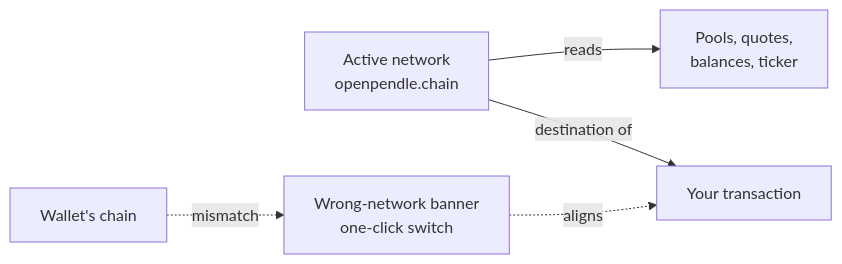
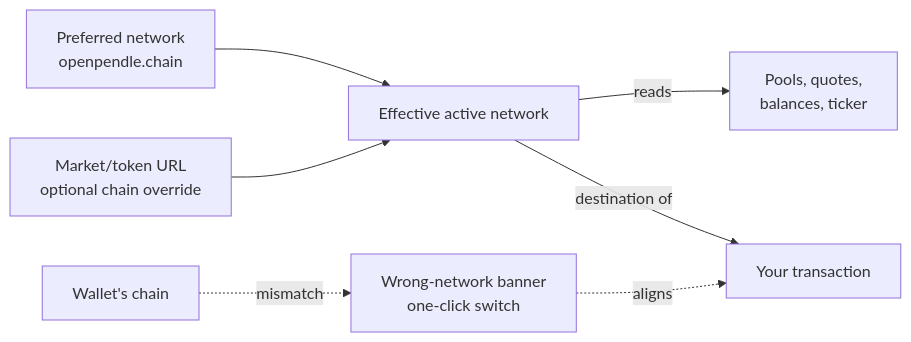
One commit to ggmatch-mod/open-pendle changed the diagram in docs-site/guides/browsing.md. Above: the diagram before and after it, drawn with Mermaid. The commit also changed other lines of this file and 20 other files, not shown here.

````diff
--- a/docs-site/guides/browsing.md
+++ b/docs-site/guides/browsing.md
@@ -65,7 +69,9 @@
 ```mermaid
 flowchart LR
-  A[Active network<br/>openpendle.chain] -->|reads| B[Pools, quotes,<br/>balances, ticker]
+  P[Preferred network<br/>openpendle.chain] --> A[Effective active network]
+  R[Market/token URL<br/>optional chain override] --> A
+  A -->|reads| B[Pools, quotes,<br/>balances, ticker]
   A -->|destination of| C[Your transaction]
   W[Wallet's chain] -.mismatch.-> D[Wrong-network banner<br/>one-click switch]
   D -.aligns.-> C
 ```
````
